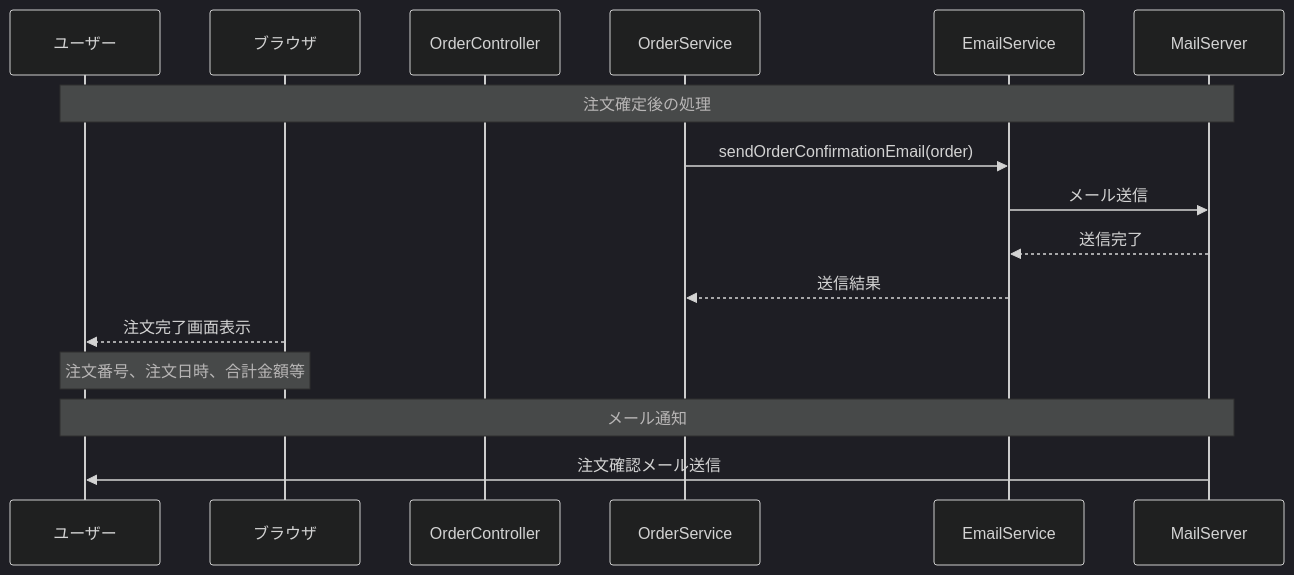
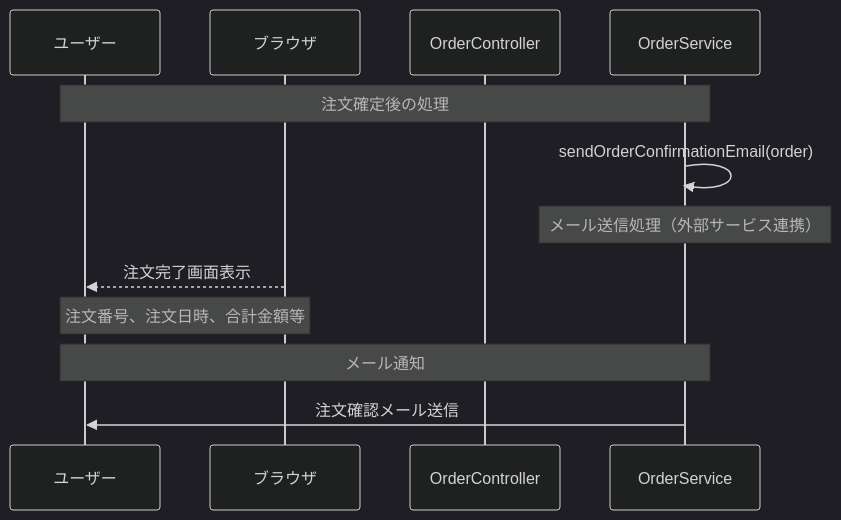
Diagram 11 of 17 in 詳細設計/3_sequence.md (shogomaeda758/Bacon), drawn with Mermaid (dark theme) before and after one commit. The commit also changed other lines of this file and 2 other files, not shown here.

````diff
--- a/詳細設計/3_sequence.md
+++ b/詳細設計/3_sequence.md
@@ -440,21 +491,17 @@
 ```mermaid
 sequenceDiagram
     participant U as ユーザー
     participant B as ブラウザ
     participant OC as OrderController
     participant OS as OrderService
-    participant ES as EmailService
-    participant MS as MailServer
 
-    Note over U,MS: 注文確定後の処理
-    OS->>ES: sendOrderConfirmationEmail(order)
-    ES->>MS: メール送信
-    MS-->>ES: 送信完了
-    ES-->>OS: 送信結果
+    Note over U,OS: 注文確定後の処理
+    OS->>OS: sendOrderConfirmationEmail(order)
+    Note over OS: メール送信処理（外部サービス連携）
     
     B-->>U: 注文完了画面表示
     Note over B,U: 注文番号、注文日時、合計金額等
     
-    Note over U,MS: メール通知
-    MS->>U: 注文確認メール送信
+    Note over U,OS: メール通知
+    OS->>U: 注文確認メール送信
 ```
````
